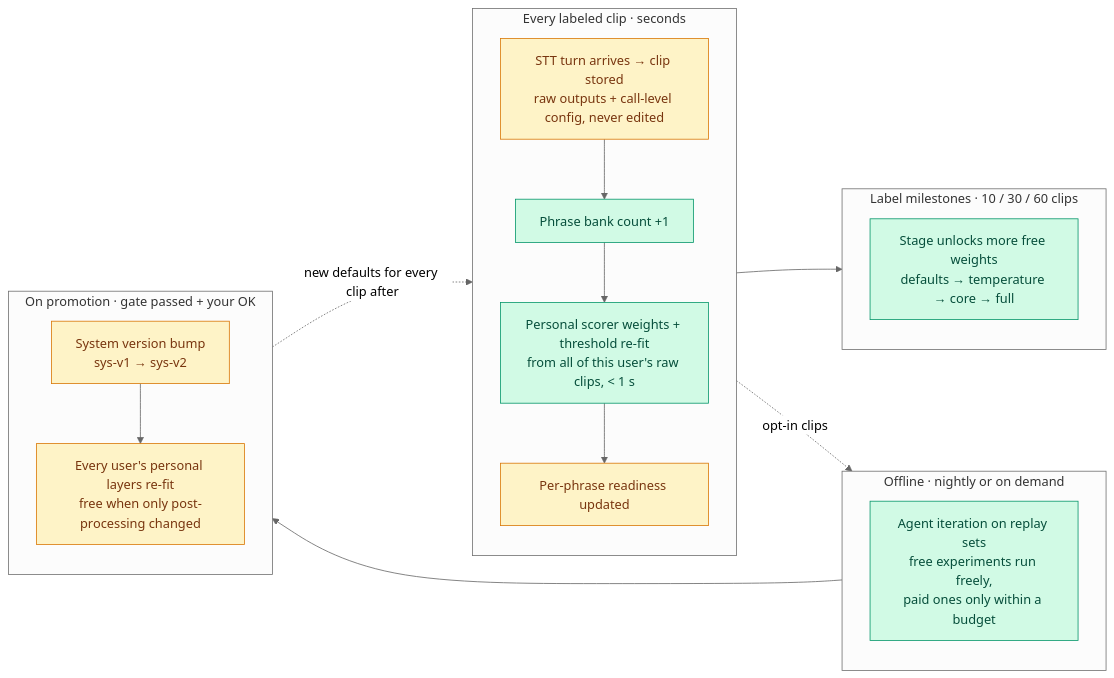
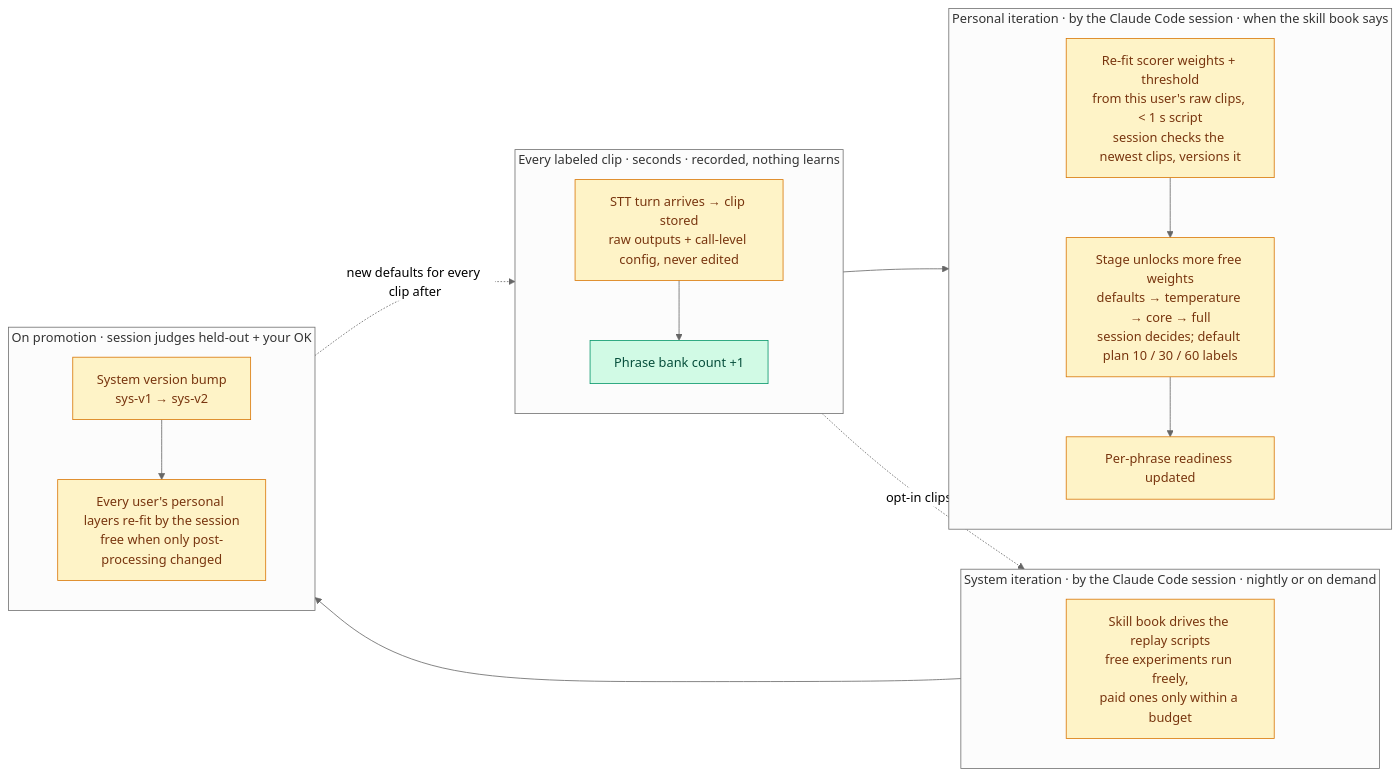
The fifth of 7 diagrams in docs/pipeline.md (Darijan-Ducic/badge-machine), drawn with Mermaid (neutral theme) before and after one commit. The commit also changed other lines of this file and 2 other files, not shown here.

First line of the commit message:
docs: mark a local Claude Code session as the owner of every iteration

````diff
--- a/docs/pipeline.md
+++ b/docs/pipeline.md
@@ -138,33 +143,35 @@
 ```mermaid
 flowchart LR
-  subgraph clip ["Every labeled clip · seconds"]
+  subgraph clip ["Every labeled clip · seconds · recorded, nothing learns"]
     direction TB
     C1["STT turn arrives → clip stored<br/>raw outputs + call-level config, never edited"]
     C2["Phrase bank count +1"]
-    C3["Personal scorer weights + threshold re-fit<br/>from all of this user's raw clips, < 1 s"]
+    C1 --> C2
+  end
+  subgraph milestone ["Personal iteration · by the Claude Code session · when the skill book says"]
+    direction TB
+    C3["Re-fit scorer weights + threshold<br/>from this user's raw clips, < 1 s script<br/>session checks the newest clips, versions it"]
+    M1["Stage unlocks more free weights<br/>defaults → temperature → core → full<br/>session decides; default plan 10 / 30 / 60 labels"]
     C4["Per-phrase readiness updated"]
-    C1 --> C2 --> C3 --> C4
+    C3 --> M1 --> C4
   end
-  subgraph milestone ["Label milestones · 10 / 30 / 60 clips"]
-    M1["Stage unlocks more free weights<br/>defaults → temperature → core → full"]
+  subgraph offline ["System iteration · by the Claude Code session · nightly or on demand"]
+    O1["Skill book drives the replay scripts<br/>free experiments run freely,<br/>paid ones only within a budget"]
   end
-  subgraph offline ["Offline · nightly or on demand"]
-    O1["Agent iteration on replay sets<br/>free experiments run freely,<br/>paid ones only within a budget"]
-  end
-  subgraph promote ["On promotion · gate passed + your OK"]
+  subgraph promote ["On promotion · session judges held-out + your OK"]
     direction TB
     P1["System version bump<br/>sys-v1 → sys-v2"]
-    P2["Every user's personal layers re-fit<br/>free when only post-processing changed"]
+    P2["Every user's personal layers re-fit by the session<br/>free when only post-processing changed"]
     P1 --> P2
   end
   clip --> milestone
   clip -. "opt-in clips" .-> offline
   offline --> promote
   promote -. "new defaults for every clip after" .-> clip
 
   classDef built fill:#d1fae5,stroke:#059669,color:#064e3b
   classDef building fill:#fef3c7,stroke:#d97706,color:#78350f
   classDef planned fill:#f3f4f6,stroke:#9ca3af,color:#374151,stroke-dasharray:4 3
-  class C2,C3,M1,O1 built
-  class C1,C4,P1,P2 building
+  class C2 built
+  class C1,C3,C4,M1,O1,P1,P2 building
 ```
````
